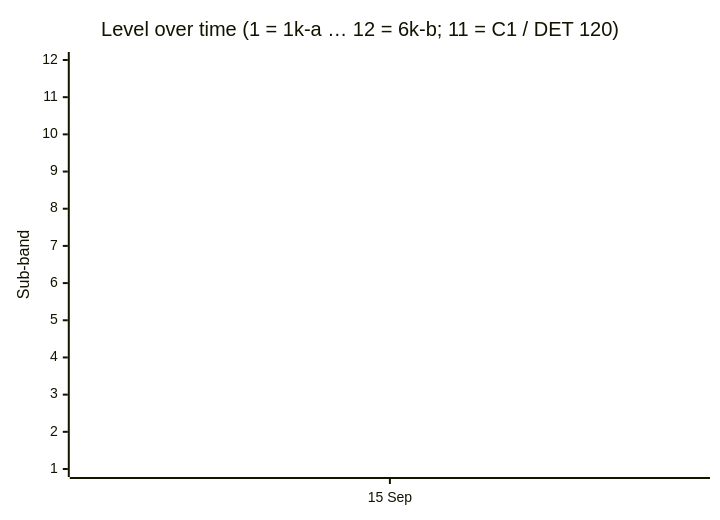
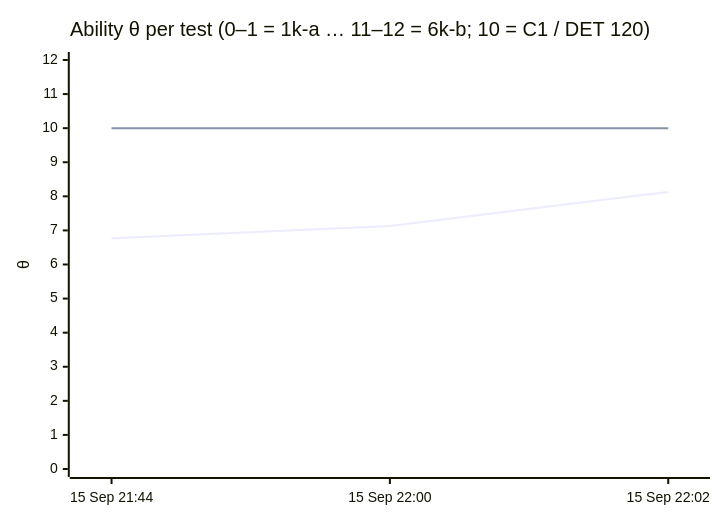
The diagram in vocab/progress.md (nhanpc/DET), drawn with Mermaid before and after one commit. The commit also changed other lines of this file and 20 other files, not shown here.

````diff
--- a/vocab/progress.md
+++ b/vocab/progress.md
@@ -101,7 +105,8 @@
 ```mermaid
 xychart-beta
-    title "Level over time (1 = 1k-a … 12 = 6k-b; 11 = C1 / DET 120)"
-    x-axis ["15 Sep"]
-    y-axis "Sub-band" 1 --> 12
-    line [7]
+    title "Ability θ per test (0–1 = 1k-a … 11–12 = 6k-b; 10 = C1 / DET 120)"
+    x-axis ["15 Sep 21:44", "15 Sep 22:00", "15 Sep 22:02"]
+    y-axis "θ" 0 --> 12
+    line [6.77, 7.13, 8.13]
+    line [10, 10, 10]
 ```
````
